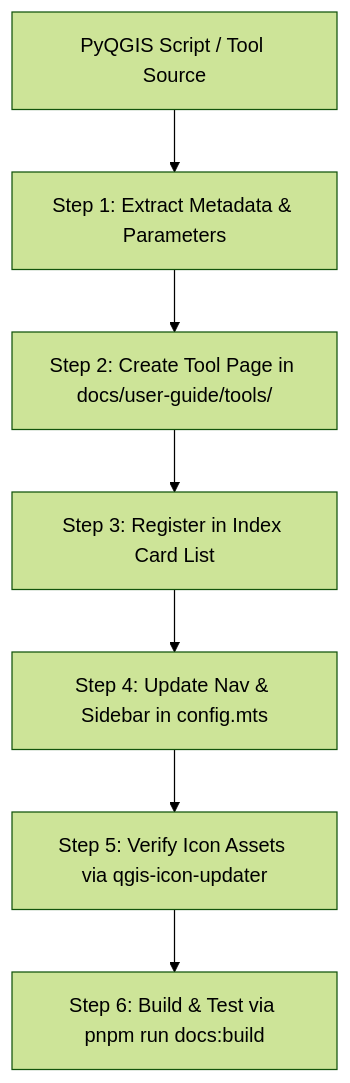
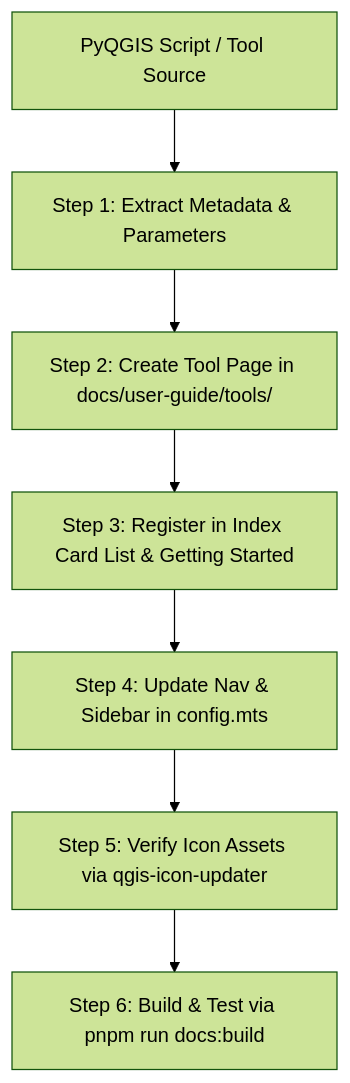
The diagram in .agents/skills/qgis-doc-generator/SKILL.md (GMD-Repository/gemma-plugin), drawn with Mermaid (forest theme) before and after one commit. The commit also changed other lines of this file and 2 other files, not shown here.

Commit message:
docs: add vitepress cache dependencies, getting started guide, and doc generator skill definition

````diff
--- a/.agents/skills/qgis-doc-generator/SKILL.md
+++ b/.agents/skills/qgis-doc-generator/SKILL.md
@@ -14,9 +14,9 @@
 ```mermaid
 graph TD
     A[PyQGIS Script / Tool Source] --> B[Step 1: Extract Metadata & Parameters]
     B --> C[Step 2: Create Tool Page in docs/user-guide/tools/]
-    C --> D[Step 3: Register in Index Card List]
+    C --> D[Step 3: Register in Index Card List & Getting Started]
     D --> E[Step 4: Update Nav & Sidebar in config.mts]
     E --> F[Step 5: Verify Icon Assets via qgis-icon-updater]
     F --> G[Step 6: Build & Test via pnpm run docs:build]
 ```
````
